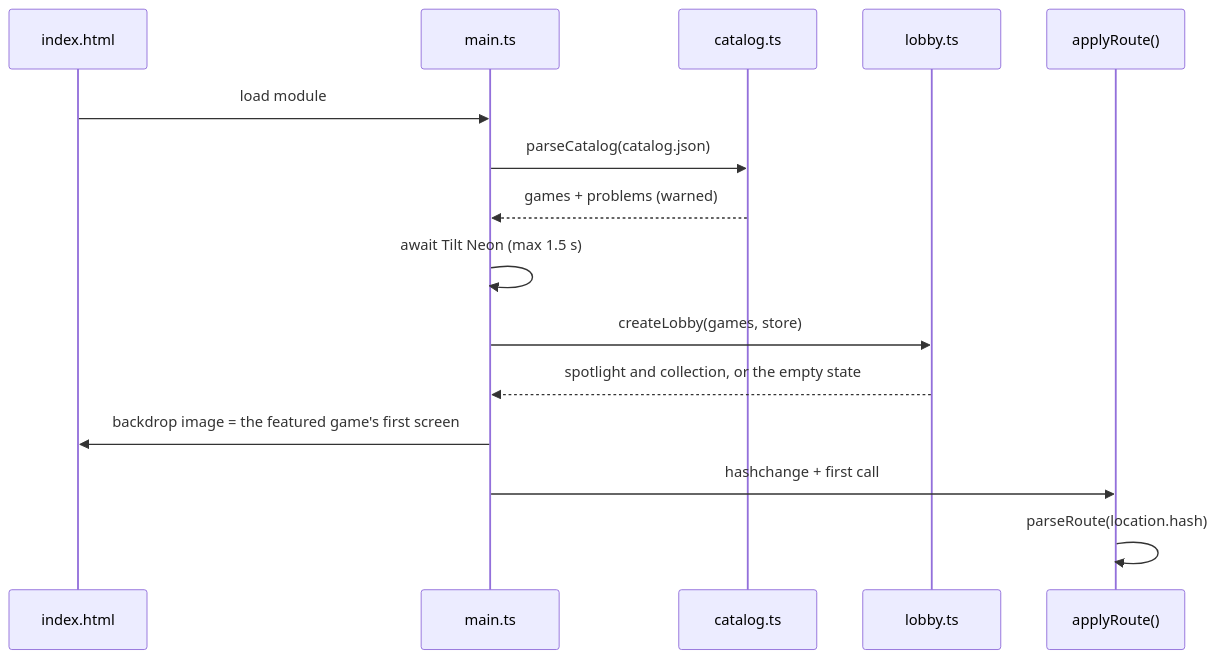
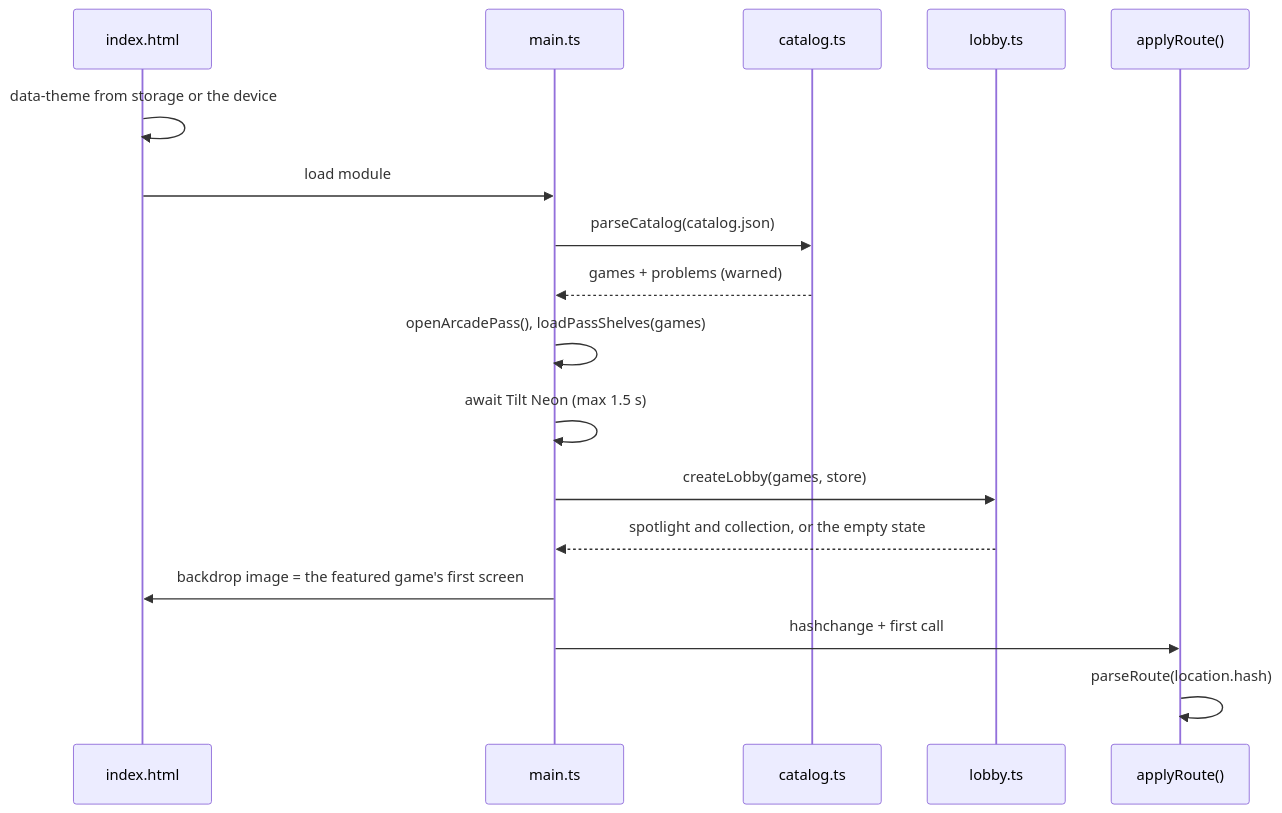
One commit to agunawijaya/NeoArcade changed the second of 5 diagrams in docs/HALL-ARCHITECTURE.md. Above: the diagram before and after it, drawn with Mermaid. The commit also changed other lines of this file and 118 other files, not shown here.

First line of the commit message:
Add the Arcade Pass

````diff
--- a/docs/HALL-ARCHITECTURE.md
+++ b/docs/HALL-ARCHITECTURE.md
@@ -116,18 +164,20 @@
 ```mermaid
 sequenceDiagram
   participant Page as index.html
   participant Main as main.ts
   participant Catalog as catalog.ts
   participant Lobby as lobby.ts
   participant Router as applyRoute()
 
+  Page->>Page: data-theme from storage or the device
   Page->>Main: load module
   Main->>Catalog: parseCatalog(catalog.json)
   Catalog-->>Main: games + problems (warned)
+  Main->>Main: openArcadePass(), loadPassShelves(games)
   Main->>Main: await Tilt Neon (max 1.5 s)
   Main->>Lobby: createLobby(games, store)
   Lobby-->>Main: spotlight and collection, or the empty state
   Main->>Page: backdrop image = the featured game's first screen
   Main->>Router: hashchange + first call
   Router->>Router: parseRoute(location.hash)
 ```
````
